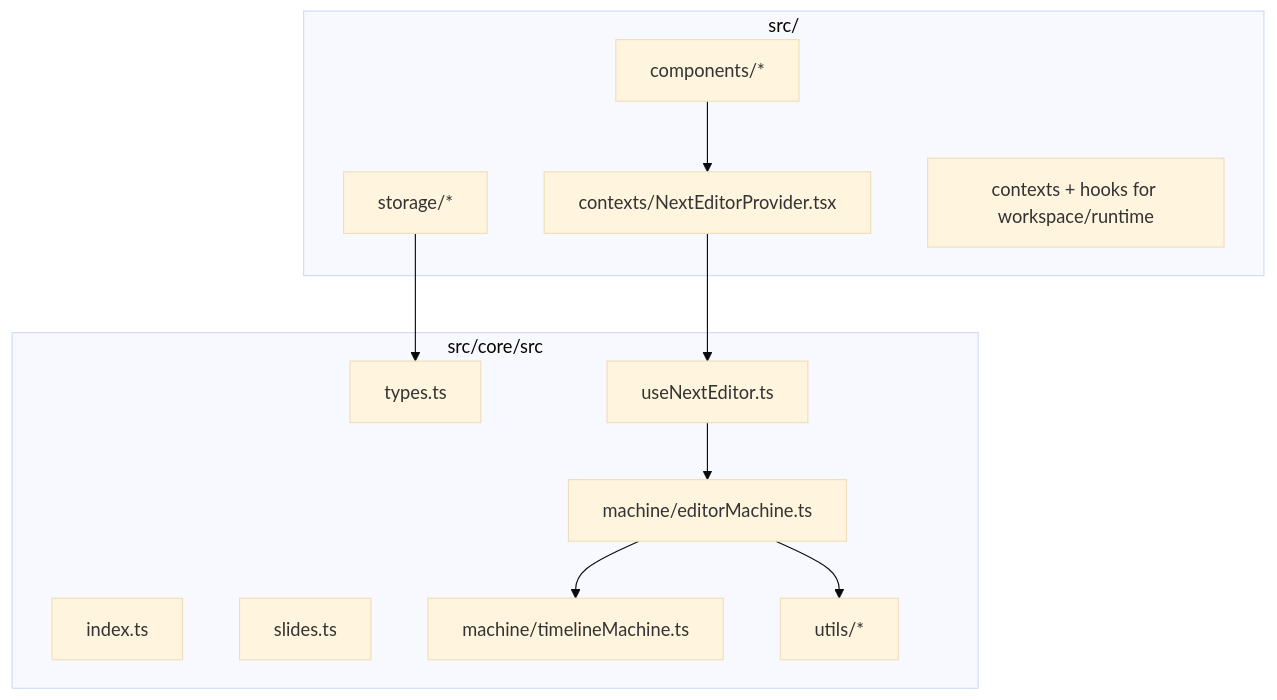
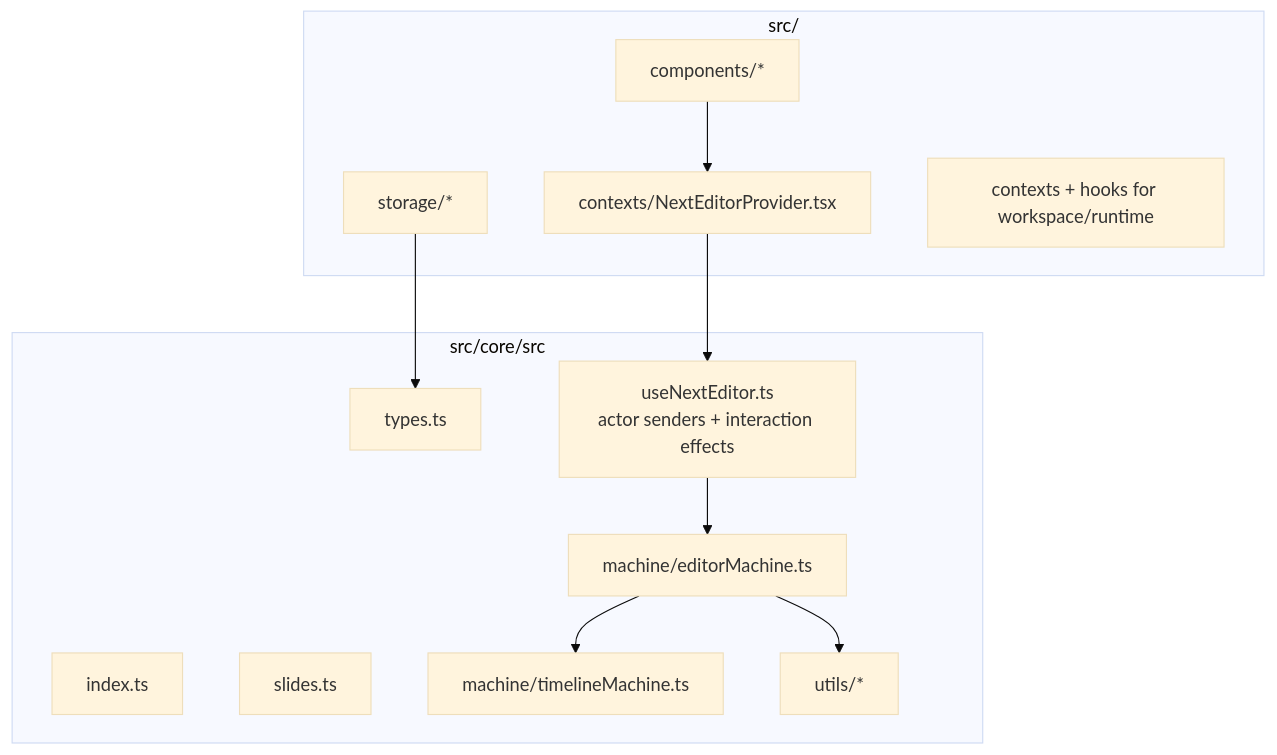
The first of 3 diagrams in docs/core.md (channyeintun/next-editor), drawn with Mermaid (base theme) before and after one commit. The commit also changed other lines of this file and 6 other files, not shown here.

First line of the commit message:
chore(core): delete the standalone useNextEditor hook

````diff
--- a/docs/core.md
+++ b/docs/core.md
@@ -7,26 +7,26 @@
 ```mermaid
 flowchart TB
   subgraph Core["src/core/src"]
     Index[index.ts]
     Types[types.ts]
     Slides[slides.ts]
-    Hook[useNextEditor.ts]
+    Hook[useNextEditor.ts<br/>actor senders + interaction effects]
     Machine[machine/editorMachine.ts]
     Timeline[machine/timelineMachine.ts]
     Utils[utils/*]
   end
 
   subgraph App["src/"]
     Provider[contexts/NextEditorProvider.tsx]
     Components[components/*]
     Storage[storage/*]
     Runtime[contexts + hooks for workspace/runtime]
   end
 
   Components --> Provider
   Provider --> Hook
   Hook --> Machine
   Machine --> Timeline
   Machine --> Utils
   Storage --> Types
 ```
````
